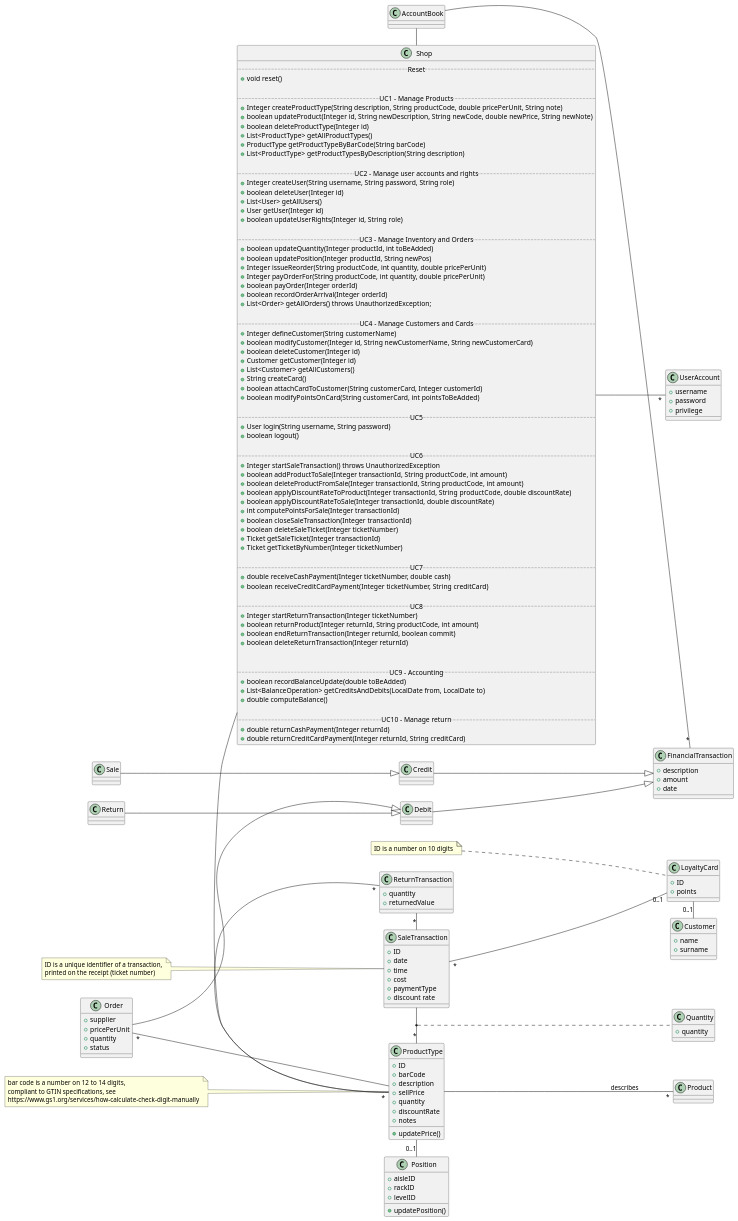
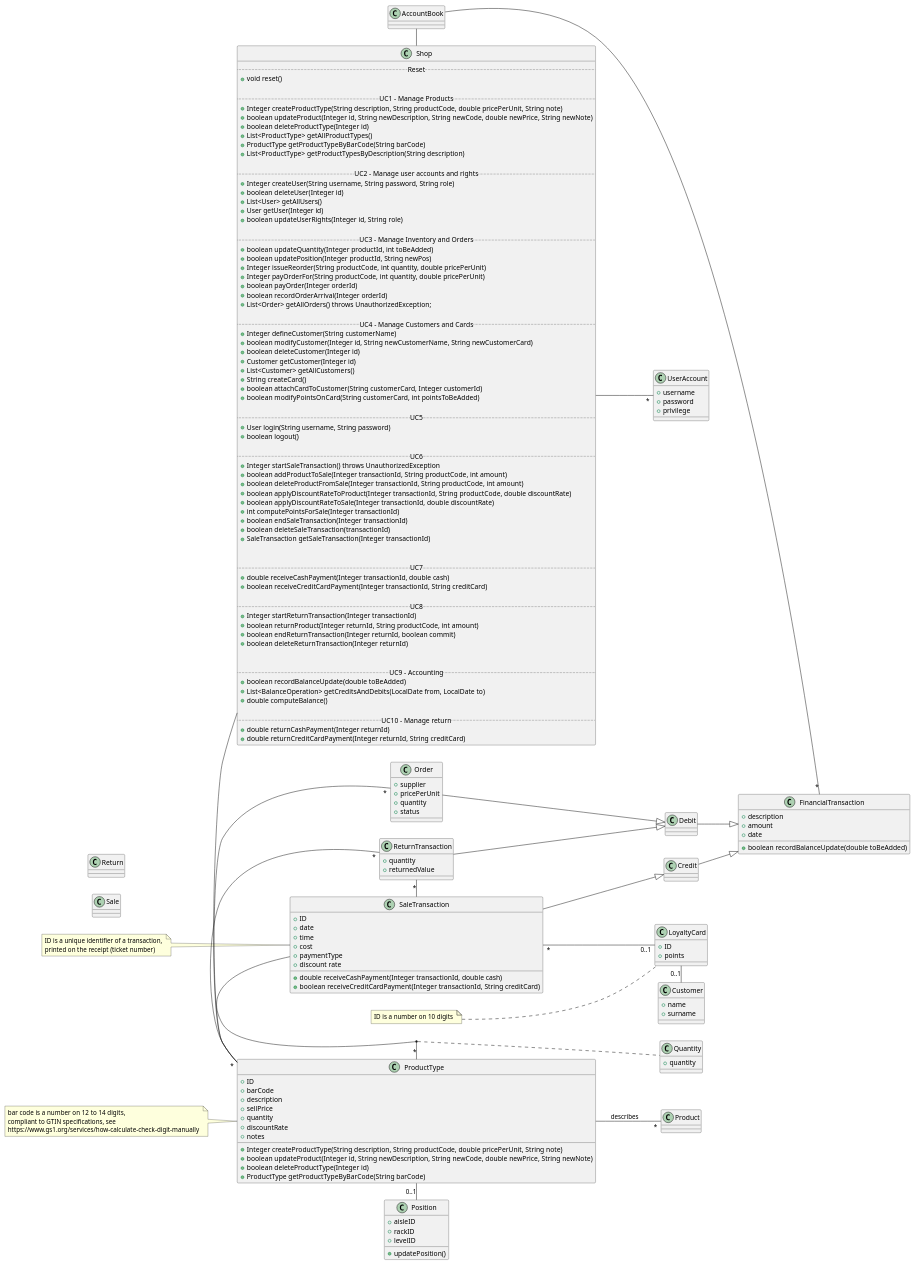
Before and after one commit to Stormz4/group20-EzShop: the second of 10 diagrams in Deliverables/DesignDocument.md, drawn with PlantUML. The commit also changed other lines of this file and 3 other files, not shown here.

```diff
--- a/Deliverables/DesignDocument.md
+++ b/Deliverables/DesignDocument.md
@@ -100,17 +101,17 @@
     +boolean applyDiscountRateToProduct(Integer transactionId, String productCode, double discountRate)
     +boolean applyDiscountRateToSale(Integer transactionId, double discountRate)
     +int computePointsForSale(Integer transactionId)
-    +boolean closeSaleTransaction(Integer transactionId)
-    +boolean deleteSaleTicket(Integer ticketNumber)
-    +Ticket getSaleTicket(Integer transactionId)
-    +Ticket getTicketByNumber(Integer ticketNumber)
+    +boolean endSaleTransaction(Integer transactionId)
+    +boolean deleteSaleTransaction(transactionId)
+    +SaleTransaction getSaleTransaction(Integer transactionId)
+  
 
     .. UC7 ..
-    +double receiveCashPayment(Integer ticketNumber, double cash)
-    +boolean receiveCreditCardPayment(Integer ticketNumber, String creditCard)
+    +double receiveCashPayment(Integer transactionId, double cash)
+    +boolean receiveCreditCardPayment(Integer transactionId, String creditCard)
 
     .. UC8 ..
-    +Integer startReturnTransaction(Integer ticketNumber)
+    +Integer startReturnTransaction(Integer transactionId)
     +boolean returnProduct(Integer returnId, String productCode, int amount)
     +boolean endReturnTransaction(Integer returnId, boolean commit)
     +boolean deleteReturnTransaction(Integer returnId)
@@ -140,6 +141,7 @@
  +description
  +amount
  +date
++boolean recordBalanceUpdate(double toBeAdded)
 }
 AccountBook -- "*" FinancialTransaction
 
@@ -154,8 +156,8 @@
 class Return
 
 Order --|> Debit
-Sale --|> Credit
-Return --|> Debit
+SaleTransaction --|> Credit
+ReturnTransaction --|> Debit
 
 
 class ProductType{
@@ -166,7 +168,10 @@
     +quantity
     +discountRate
     +notes
-    +updatePrice()
+    +Integer createProductType(String description, String productCode, double pricePerUnit, String note)
+    +boolean updateProduct(Integer id, String newDescription, String newCode, double newPrice, String newNote)
+    +boolean deleteProductType(Integer id)
+    +ProductType getProductTypeByBarCode(String barCode)
 }
 
 Shop - "*" ProductType
@@ -178,6 +183,8 @@
     +cost
     +paymentType
     +discount rate
+    +double receiveCashPayment(Integer transactionId, double cash)
+    +boolean receiveCreditCardPayment(Integer transactionId, String creditCard)
 }
 SaleTransaction - "*" ProductType
 
```
